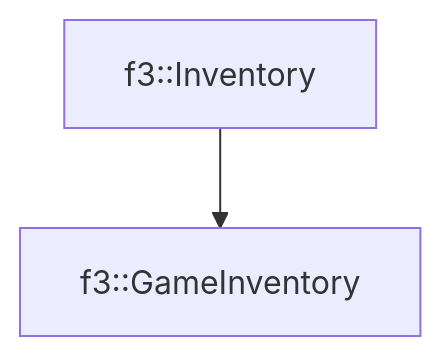
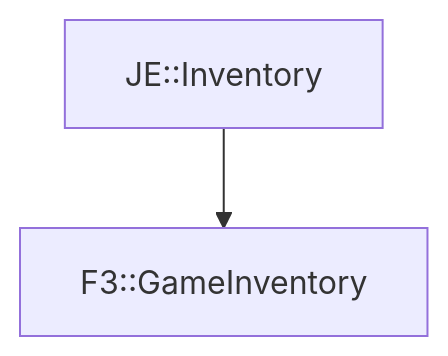
The diagram in docs/f3/GameInventory.md (OpenJE/openvb), drawn with Mermaid before and after one commit. The commit also changed other lines of this file and 1399 other files, not shown here.

````diff
--- a/docs/f3/GameInventory.md
+++ b/docs/f3/GameInventory.md
@@ -16,4 +16,4 @@
 ```mermaid
 graph TD;
-    f3::Inventory --> f3::GameInventory
+    JE::Inventory --> F3::GameInventory
 ```
````
